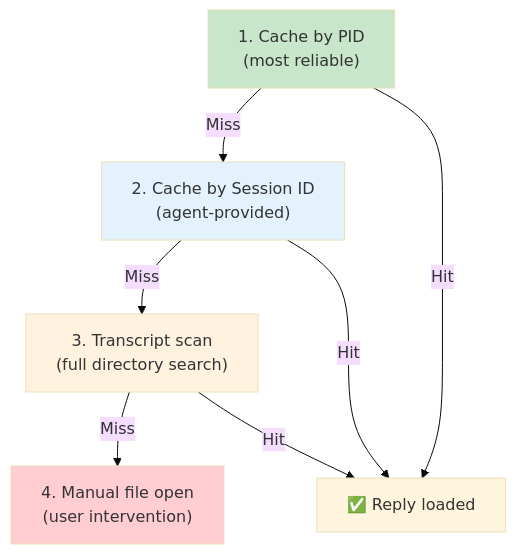
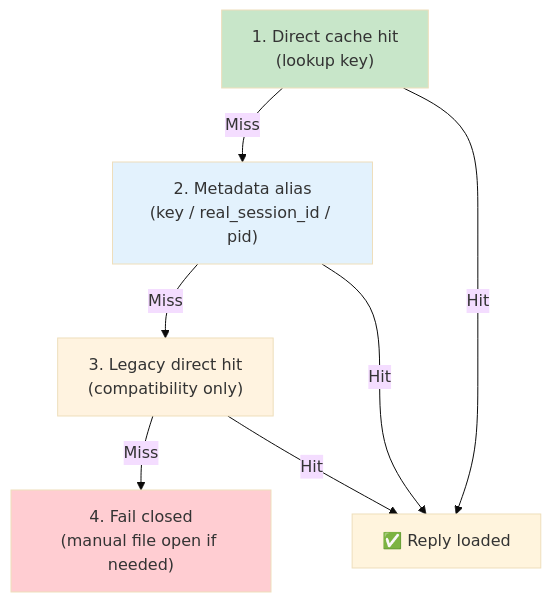
Diagram 19 of 22 in docs/demo/demo.md (BobDLA/cliv), drawn with Mermaid (base theme) before and after one commit. The commit also changed other lines of this file and 17 other files, not shown here.

First line of the commit message:
fix: make agent reply cache lookup deterministic and fail closed (#7)

````diff
--- a/docs/demo/demo.md
+++ b/docs/demo/demo.md
@@ -1101,15 +1101,15 @@
 ```mermaid
 flowchart TD
-    A["1. Cache by PID<br/>(most reliable)"] -->|"Miss"| B["2. Cache by Session ID<br/>(agent-provided)"]
-    B -->|"Miss"| C["3. Transcript scan<br/>(full directory search)"]
-    C -->|"Miss"| D["4. Manual file open<br/>(user intervention)"]
+    A["1. Direct cache hit<br/>(lookup key)"] -->|"Miss"| B["2. Metadata alias<br/>(key / real_session_id / pid)"]
+    B -->|"Miss"| C["3. Legacy direct hit<br/>(compatibility only)"]
+    C -->|"Miss"| D["4. Fail closed<br/>(manual file open if needed)"]
 
     A -->|"Hit"| SUCCESS["✅ Reply loaded"]
     B -->|"Hit"| SUCCESS
     C -->|"Hit"| SUCCESS
 
     style A fill:#c8e6c9
     style B fill:#e3f2fd
     style C fill:#fff3e0
     style D fill:#ffcdd2
 ```
````
